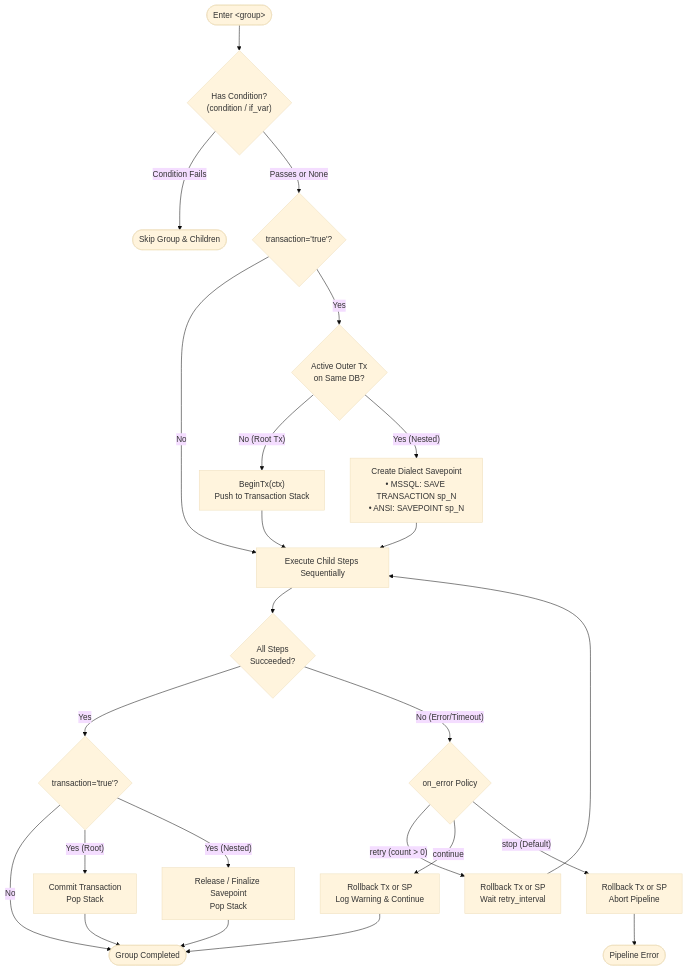
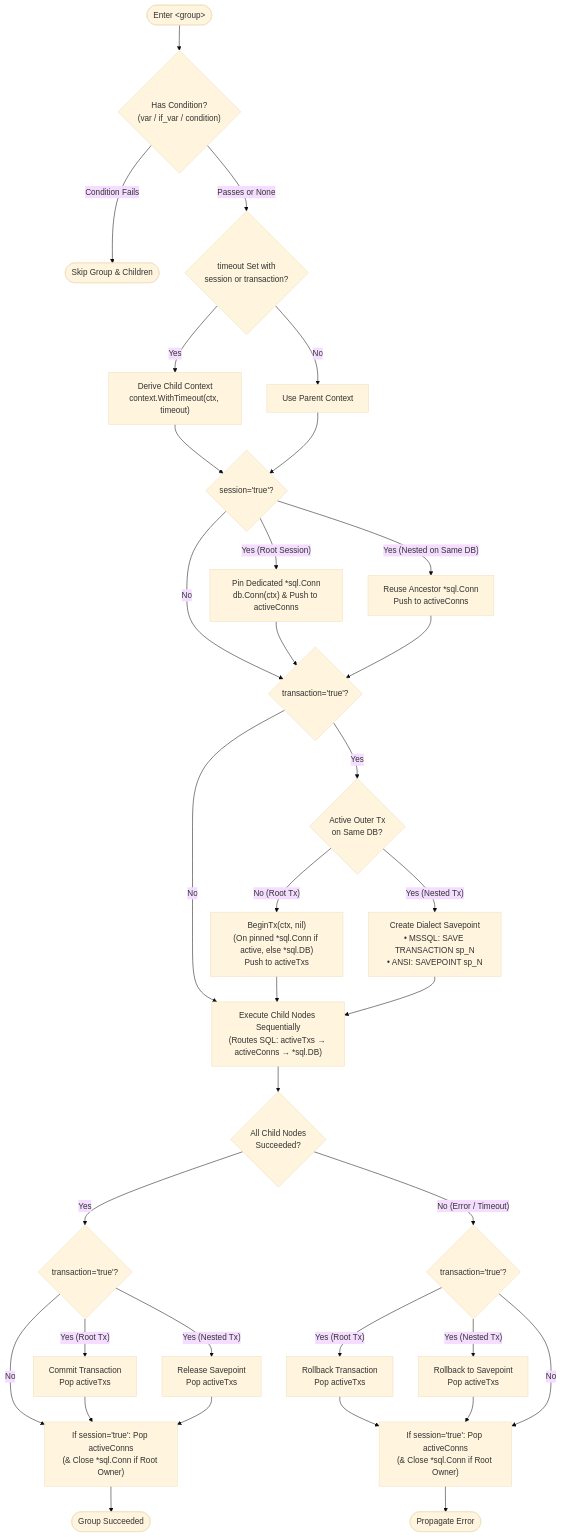
Before and after one commit to etl-madness/FlowUI: the first of 2 diagrams in FlowUI/Docs/group.md, drawn with Mermaid (base theme). The commit also changed other lines of this file and 3 other files, not shown here.

````diff
--- a/FlowUI/Docs/group.md
+++ b/FlowUI/Docs/group.md
@@ -12,29 +14,44 @@
 ```mermaid
 flowchart TD
-    Start(["Enter &lt;group&gt;"]) --> CondCheck{"Has Condition?<br/>(condition / if_var)"}
+    Start(["Enter &lt;group&gt;"]) --> CondCheck{"Has Condition?<br/>(var / if_var / condition)"}
     
     CondCheck -- "Condition Fails" --> Skipped(["Skip Group &amp; Children"])
-    CondCheck -- "Passes or None" --> TxCheck{"transaction='true'?"}
+    CondCheck -- "Passes or None" --> TimeoutCheck{"timeout Set with<br/>session or transaction?"}
     
-    TxCheck -- "No" --> ExecSteps["Execute Child Steps Sequentially"]
+    TimeoutCheck -- "Yes" --> DeriveCtx["Derive Child Context<br/>context.WithTimeout(ctx, timeout)"]
+    TimeoutCheck -- "No" --> KeepCtx["Use Parent Context"]
+    
+    DeriveCtx --> SessionCheck{"session='true'?"}
+    KeepCtx --> SessionCheck
+    
+    SessionCheck -- "Yes (Root Session)" --> PinConn["Pin Dedicated *sql.Conn<br/>db.Conn(ctx) &amp; Push to activeConns"]
+    SessionCheck -- "Yes (Nested on Same DB)" --> ReuseConn["Reuse Ancestor *sql.Conn<br/>Push to activeConns"]
+    SessionCheck -- "No" --> TxCheck{"transaction='true'?"}
+    
+    PinConn --> TxCheck
+    ReuseConn --> TxCheck
+    
+    TxCheck -- "No" --> ExecSteps["Execute Child Nodes Sequentially<br/>(Routes SQL: activeTxs → activeConns → *sql.DB)"]
     TxCheck -- "Yes" --> StackCheck{"Active Outer Tx<br/>on Same DB?"}
     
-    StackCheck -- "No (Root Tx)" --> BeginTx["BeginTx(ctx)<br/>Push to Transaction Stack"]
-    StackCheck -- "Yes (Nested)" --> CreateSP["Create Dialect Savepoint<br/>• MSSQL: SAVE TRANSACTION sp_N<br/>• ANSI: SAVEPOINT sp_N"]
+    StackCheck -- "No (Root Tx)" --> BeginTx["BeginTx(ctx, nil)<br/>(On pinned *sql.Conn if active, else *sql.DB)<br/>Push to activeTxs"]
+    StackCheck -- "Yes (Nested Tx)" --> CreateSP["Create Dialect Savepoint<br/>• MSSQL: SAVE TRANSACTION sp_N<br/>• ANSI: SAVEPOINT sp_N"]
     
     BeginTx --> ExecSteps
     CreateSP --> ExecSteps
     
-    ExecSteps --> StepResult{"All Steps<br/>Succeeded?"}
+    ExecSteps --> StepResult{"All Child Nodes<br/>Succeeded?"}
     
     StepResult -- "Yes" --> TxSuccess{"transaction='true'?"}
-    TxSuccess -- "No" --> Done(["Group Completed"])
-    TxSuccess -- "Yes (Root)" --> CommitTx["Commit Transaction<br/>Pop Stack"] --> Done
-    TxSuccess -- "Yes (Nested)" --> ReleaseSP["Release / Finalize Savepoint<br/>Pop Stack"] --> Done
+    TxSuccess -- "No" --> CleanupSession
+    TxSuccess -- "Yes (Root Tx)" --> CommitTx["Commit Transaction<br/>Pop activeTxs"] --> CleanupSession
+    TxSuccess -- "Yes (Nested Tx)" --> ReleaseSP["Release Savepoint<br/>Pop activeTxs"] --> CleanupSession
     
-    StepResult -- "No (Error/Timeout)" --> ErrorPolicy{"on_error Policy"}
+    StepResult -- "No (Error / Timeout)" --> TxFail{"transaction='true'?"}
+    TxFail -- "Yes (Root Tx)" --> RollbackTx["Rollback Transaction<br/>Pop activeTxs"] --> CleanupSessionFail
+    TxFail -- "Yes (Nested Tx)" --> RollbackSP["Rollback to Savepoint<br/>Pop activeTxs"] --> CleanupSessionFail
+    TxFail -- "No" --> CleanupSessionFail
     
-    ErrorPolicy -- "retry (count > 0)" --> RollbackAttempt["Rollback Tx or SP<br/>Wait retry_interval"] --> ExecSteps
-    ErrorPolicy -- "continue" --> RollbackCont["Rollback Tx or SP<br/>Log Warning &amp; Continue"] --> Done
-    ErrorPolicy -- "stop (Default)" --> RollbackFail["Rollback Tx or SP<br/>Abort Pipeline"] --> Fail(["Pipeline Error"])
+    CleanupSession["If session='true': Pop activeConns<br/>(&amp; Close *sql.Conn if Root Owner)"] --> Done(["Group Succeeded"])
+    CleanupSessionFail["If session='true': Pop activeConns<br/>(&amp; Close *sql.Conn if Root Owner)"] --> Fail(["Propagate Error"])
 ```
````
